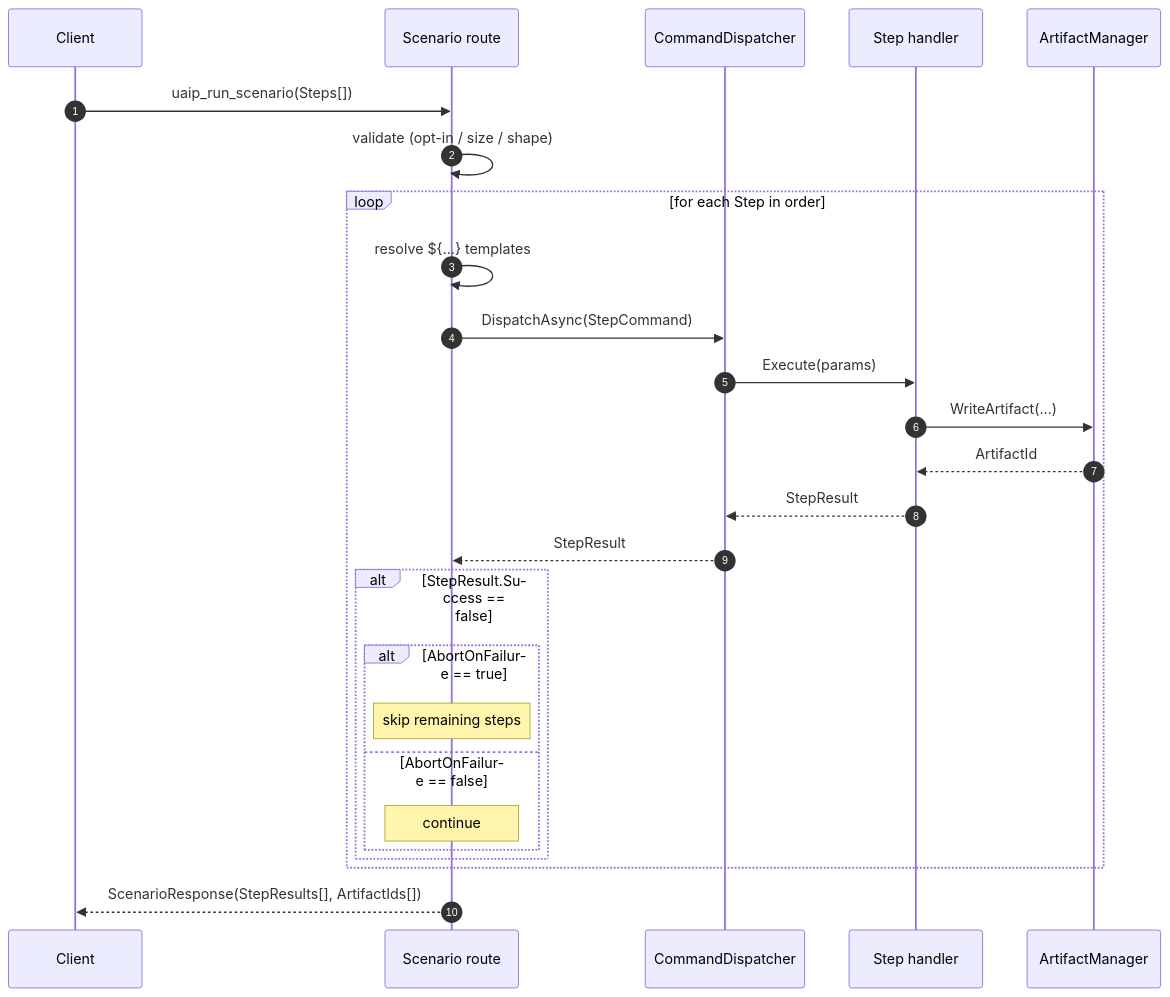
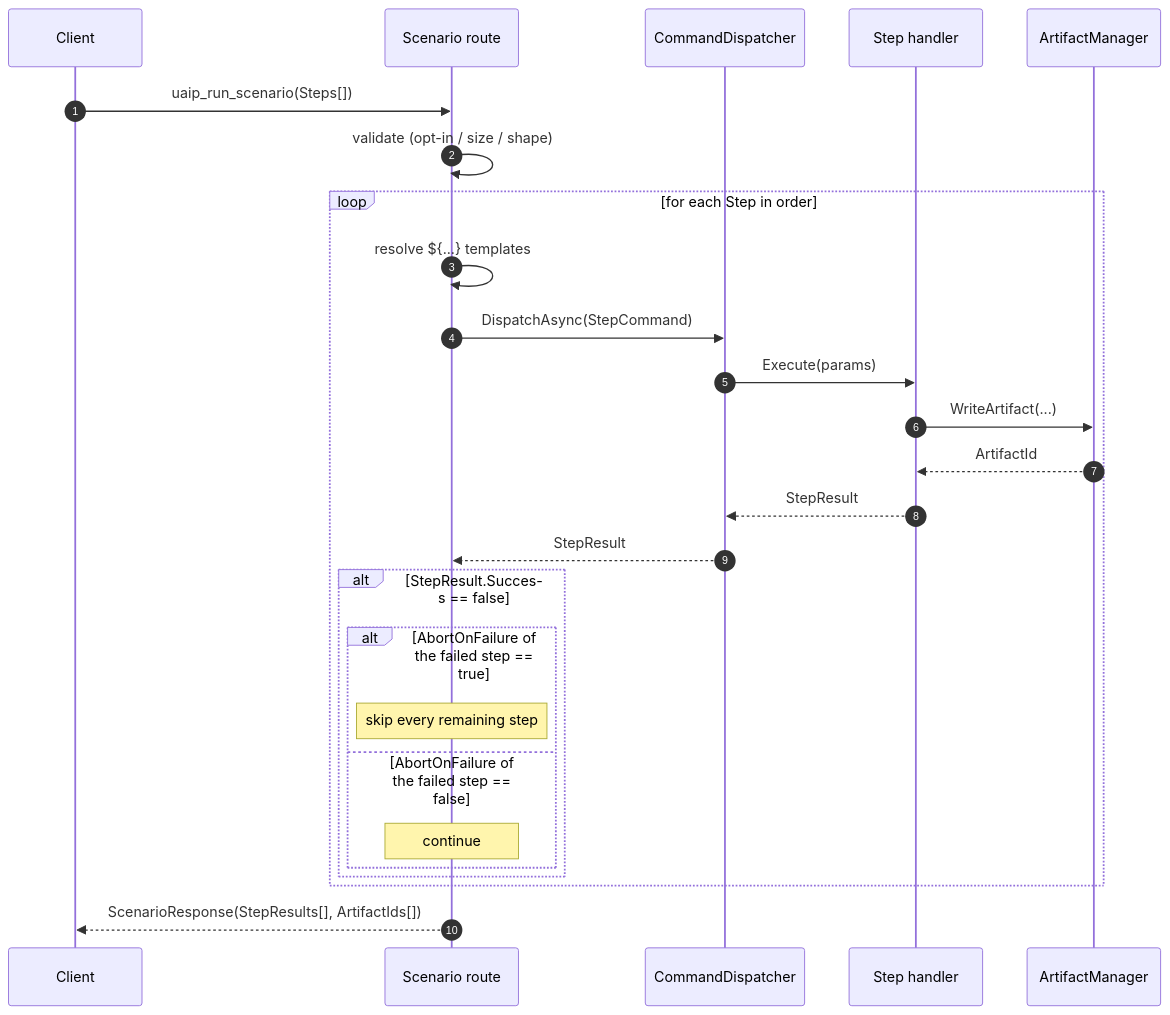
One commit to Naotsun19B/UnrealAIIntegrationPlatform-Document changed the first of 2 diagrams in docs/en/scenario.md. Above: the diagram before and after it, drawn with Mermaid. The commit also changed other lines of this file and 5 other files, not shown here.

First line of the commit message:
docs: correct which step's AbortOnFailure ends a scenario

````diff
--- a/docs/en/scenario.md
+++ b/docs/en/scenario.md
@@ -39,31 +39,31 @@
 ```mermaid
 sequenceDiagram
     autonumber
     participant Cli as Client
     participant Sc as Scenario route
     participant Di as CommandDispatcher
     participant Hd as Step handler
     participant Ar as ArtifactManager
 
     Cli->>Sc: uaip_run_scenario(Steps[])
     Sc->>Sc: validate (opt-in / size / shape)
 
     loop for each Step in order
         Sc->>Sc: resolve ${...} templates
         Sc->>Di: DispatchAsync(StepCommand)
         Di->>Hd: Execute(params)
         Hd->>Ar: WriteArtifact(...)
         Ar-->>Hd: ArtifactId
         Hd-->>Di: StepResult
         Di-->>Sc: StepResult
         alt StepResult.Success == false
-            alt AbortOnFailure == true
-                Note over Sc: skip remaining steps
-            else AbortOnFailure == false
+            alt AbortOnFailure of the failed step == true
+                Note over Sc: skip every remaining step
+            else AbortOnFailure of the failed step == false
                 Note over Sc: continue
             end
         end
     end
 
     Sc-->>Cli: ScenarioResponse(StepResults[], ArtifactIds[])
 ```
````
